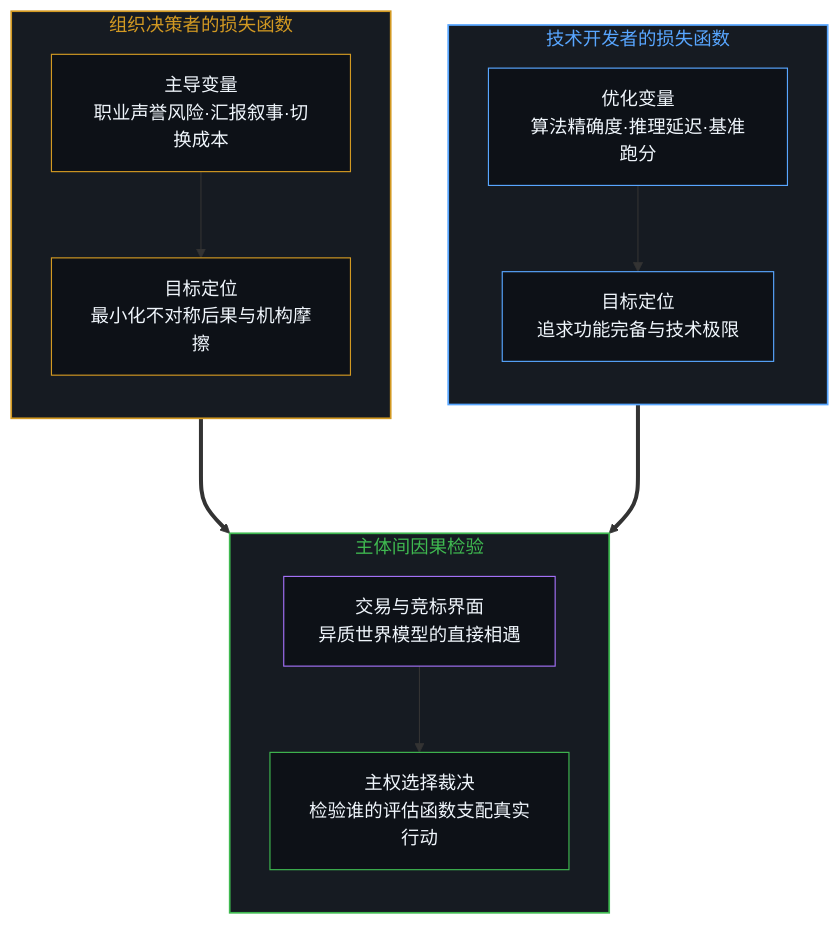
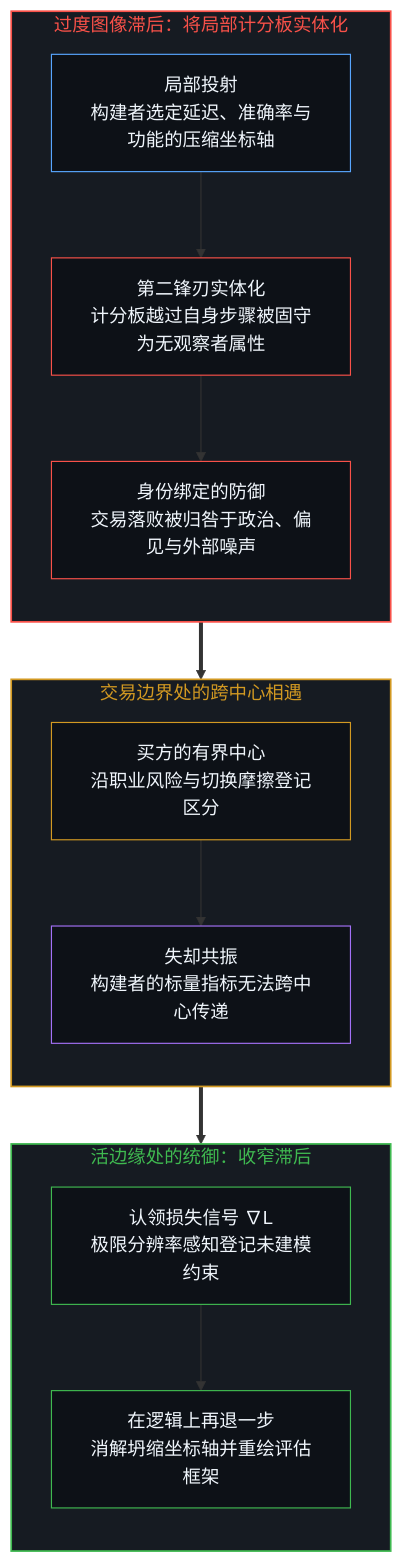
One commit to powerpig99/not-a-toe changed the first of 2 diagrams in content/posts/the-category-error-of-better.md. Above: the diagram before and after it, drawn with Mermaid. The commit also changed other lines of this file and 1 other file, not shown here.

````diff
--- a/content/posts/the-category-error-of-better.md
+++ b/content/posts/the-category-error-of-better.md
@@ -95,36 +37,38 @@
 ```mermaid
-graph TD
-    subgraph S_ENG_LOSS["技术开发者的损失函数"]
+flowchart TD
+    subgraph S_Lag["过度图像滞后：将局部计分板实体化"]
         direction TB
-        N_ENG_VAR["优化变量<br/>算法精确度·推理延迟·基准跑分"]
-        N_ENG_OBJ["目标定位<br/>追求功能完备与技术极限"]
-        N_ENG_VAR --> N_ENG_OBJ
+        N_Proj["局部投射<br/>构建者选定延迟、准确率与功能的压缩坐标轴"]
+        N_Freeze["第二锋刃实体化<br/>计分板越过自身步骤被固守为无观察者属性"]
+        N_Defend["身份绑定的防御<br/>交易落败被归咎于政治、偏见与外部噪声"]
+        N_Proj --> N_Freeze --> N_Defend
     end
 
-    subgraph S_BUYER_LOSS["组织决策者的损失函数"]
+    subgraph S_Collision["交易边界处的跨中心相遇"]
         direction TB
-        N_BUY_VAR["主导变量<br/>职业声誉风险·汇报叙事·切换成本"]
-        N_BUY_OBJ["目标定位<br/>最小化不对称后果与机构摩擦"]
-        N_BUY_VAR --> N_BUY_OBJ
+        N_Buyer["买方的有界中心<br/>沿职业风险与切换摩擦登记区分"]
+        N_Mismatch["失却共振<br/>构建者的标量指标无法跨中心传递"]
+        N_Buyer --> N_Mismatch
     end
 
-    subgraph S_MARKET["主体间因果检验"]
+    subgraph S_Update["活边缘处的统御：收窄滞后"]
         direction TB
-        N_COLLISION["交易与竞标界面<br/>异质世界模型的直接相遇"]
-        N_VERDICT["主权选择裁决<br/>检验谁的评估函数支配真实行动"]
-        N_COLLISION --> N_VERDICT
+        N_Claim["认领损失信号 ∇L<br/>极限分辨率感知登记未建模约束"]
+        N_StepBack["在逻辑上再退一步<br/>消解坍缩坐标轴并重绘评估框架"]
+        N_Claim --> N_StepBack
     end
 
-    N_ENG_OBJ ===> N_COLLISION
-    N_BUY_OBJ ===> N_COLLISION
+    N_Defend ==> N_Buyer
+    N_Mismatch ==> N_Claim
 
-    style S_ENG_LOSS fill:#161b22,stroke:#58a6ff,stroke-width:1.5px,color:#58a6ff
-    style S_BUYER_LOSS fill:#161b22,stroke:#d29922,stroke-width:1.5px,color:#d29922
-    style S_MARKET fill:#161b22,stroke:#3fb950,stroke-width:1.5px,color:#3fb950
-    style N_ENG_VAR fill:#0d1117,stroke:#58a6ff,stroke-width:1px,color:#f0f6fc
-    style N_ENG_OBJ fill:#0d1117,stroke:#58a6ff,stroke-width:1px,color:#f0f6fc
-    style N_BUY_VAR fill:#0d1117,stroke:#d29922,stroke-width:1px,color:#f0f6fc
-    style N_BUY_OBJ fill:#0d1117,stroke:#d29922,stroke-width:1px,color:#f0f6fc
-    style N_COLLISION fill:#0d1117,stroke:#a371f7,stroke-width:1px,color:#f0f6fc
-    style N_VERDICT fill:#0d1117,stroke:#3fb950,stroke-width:1px,color:#f0f6fc
+    style S_Lag fill:#161b22,stroke:#f85149,stroke-width:1.5px,color:#f85149
+    style S_Collision fill:#161b22,stroke:#d29922,stroke-width:1.5px,color:#d29922
+    style S_Update fill:#161b22,stroke:#3fb950,stroke-width:1.5px,color:#3fb950
+    style N_Proj fill:#0d1117,stroke:#58a6ff,stroke-width:1px,color:#f0f6fc
+    style N_Freeze fill:#0d1117,stroke:#f85149,stroke-width:1px,color:#f0f6fc
+    style N_Defend fill:#0d1117,stroke:#f85149,stroke-width:1px,color:#f0f6fc
+    style N_Buyer fill:#0d1117,stroke:#d29922,stroke-width:1px,color:#f0f6fc
+    style N_Mismatch fill:#0d1117,stroke:#a371f7,stroke-width:1px,color:#f0f6fc
+    style N_Claim fill:#0d1117,stroke:#3fb950,stroke-width:1px,color:#f0f6fc
+    style N_StepBack fill:#0d1117,stroke:#3fb950,stroke-width:1px,color:#f0f6fc
 ```
````
